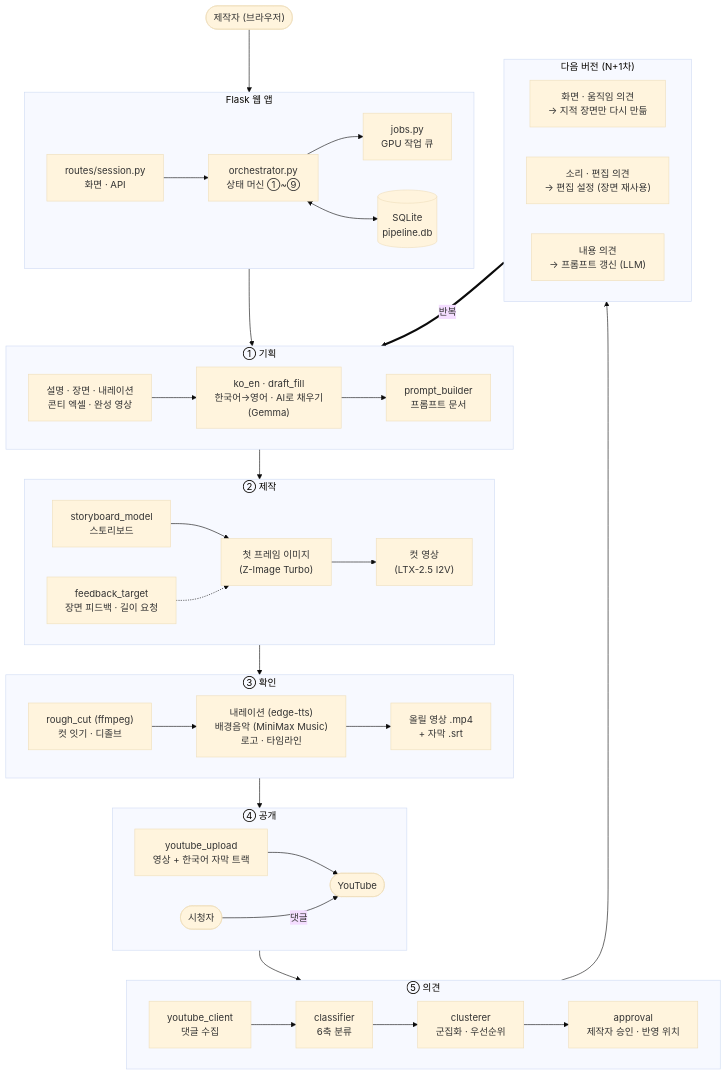
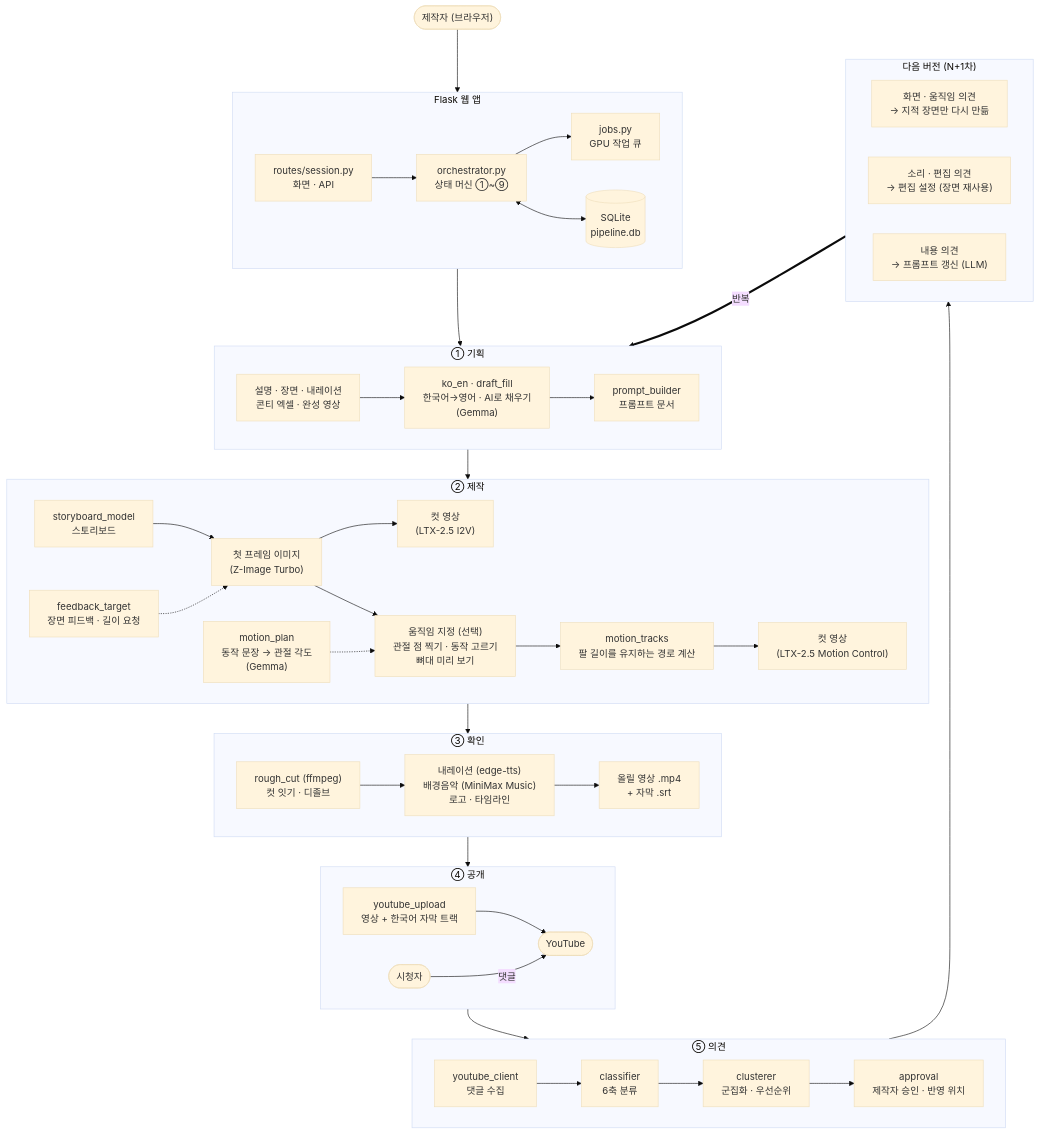
The diagram in README.md (pgh165/project-ai-feedback), drawn with Mermaid (base theme) before and after one commit. The commit also changed other lines of this file and 1 other file, not shown here.

First line of the commit message:
README 블록도에 움직임 지정 흐름 추가

````diff
--- a/README.md
+++ b/README.md
@@ -56,47 +57,50 @@
 ```mermaid
 flowchart TB
     user(["제작자 (브라우저)"]) --> app
 
     subgraph app["Flask 웹 앱"]
         direction LR
         routes["routes/session.py<br/>화면 · API"] --> orch["orchestrator.py<br/>상태 머신 ①~⑨"] --> jobs["jobs.py<br/>GPU 작업 큐"]
         orch <--> db[("SQLite<br/>pipeline.db")]
     end
 
     subgraph s1["① 기획"]
         direction LR
         in1["설명 · 장면 · 내레이션<br/>콘티 엑셀 · 완성 영상"] --> koen["ko_en · draft_fill<br/>한국어→영어 · AI로 채우기<br/>(Gemma)"] --> prompt["prompt_builder<br/>프롬프트 문서"]
     end
 
     subgraph s2["② 제작"]
         direction LR
         sb["storyboard_model<br/>스토리보드"] --> img["첫 프레임 이미지<br/>(Z-Image Turbo)"] --> clip["컷 영상<br/>(LTX-2.5 I2V)"]
         fb["feedback_target<br/>장면 피드백 · 길이 요청"] -.-> img
+        img --> motion["움직임 지정 (선택)<br/>관절 점 찍기 · 동작 고르기<br/>뼈대 미리 보기"]
+        say["motion_plan<br/>동작 문장 → 관절 각도<br/>(Gemma)"] -.-> motion
+        motion --> tracks["motion_tracks<br/>팔 길이를 유지하는 경로 계산"] --> mclip["컷 영상<br/>(LTX-2.5 Motion Control)"]
     end
 
     subgraph s3["③ 확인"]
         direction LR
         rc["rough_cut (ffmpeg)<br/>컷 잇기 · 디졸브"] --> mix["내레이션 (edge-tts)<br/>배경음악 (MiniMax Music)<br/>로고 · 타임라인"] --> out["올릴 영상 .mp4<br/>+ 자막 .srt"]
     end
 
     subgraph s4["④ 공개"]
         direction LR
         up["youtube_upload<br/>영상 + 한국어 자막 트랙"] --> yt(["YouTube"])
         viewer(["시청자"]) -- 댓글 --> yt
     end
 
     subgraph s5["⑤ 의견"]
         direction LR
         col["youtube_client<br/>댓글 수집"] --> cls["classifier<br/>6축 분류"] --> clu["clusterer<br/>군집화 · 우선순위"] --> appr["approval<br/>제작자 승인 · 반영 위치"]
     end
 
     subgraph nx["다음 버전 (N+1차)"]
         direction LR
         r1["화면 · 움직임 의견<br/>→ 지적 장면만 다시 만듦"]
         r2["소리 · 편집 의견<br/>→ 편집 설정 (장면 재사용)"]
         r3["내용 의견<br/>→ 프롬프트 갱신 (LLM)"]
     end
 
     app --> s1 --> s2 --> s3 --> s4 --> s5 --> nx
     nx == "반복" ==> s1
 ```
````
